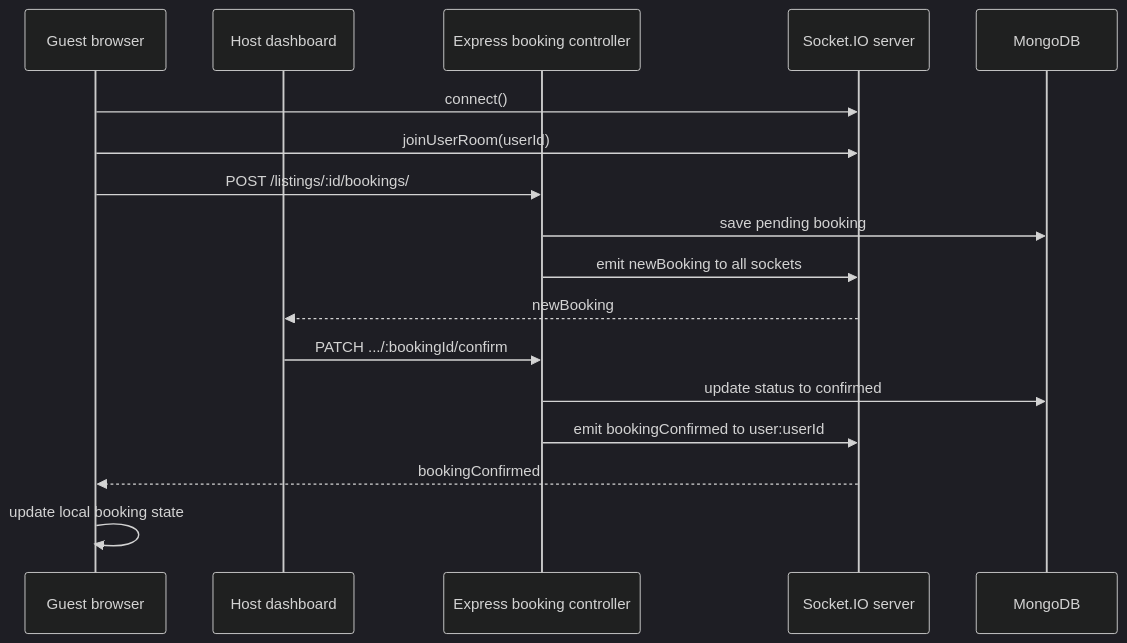
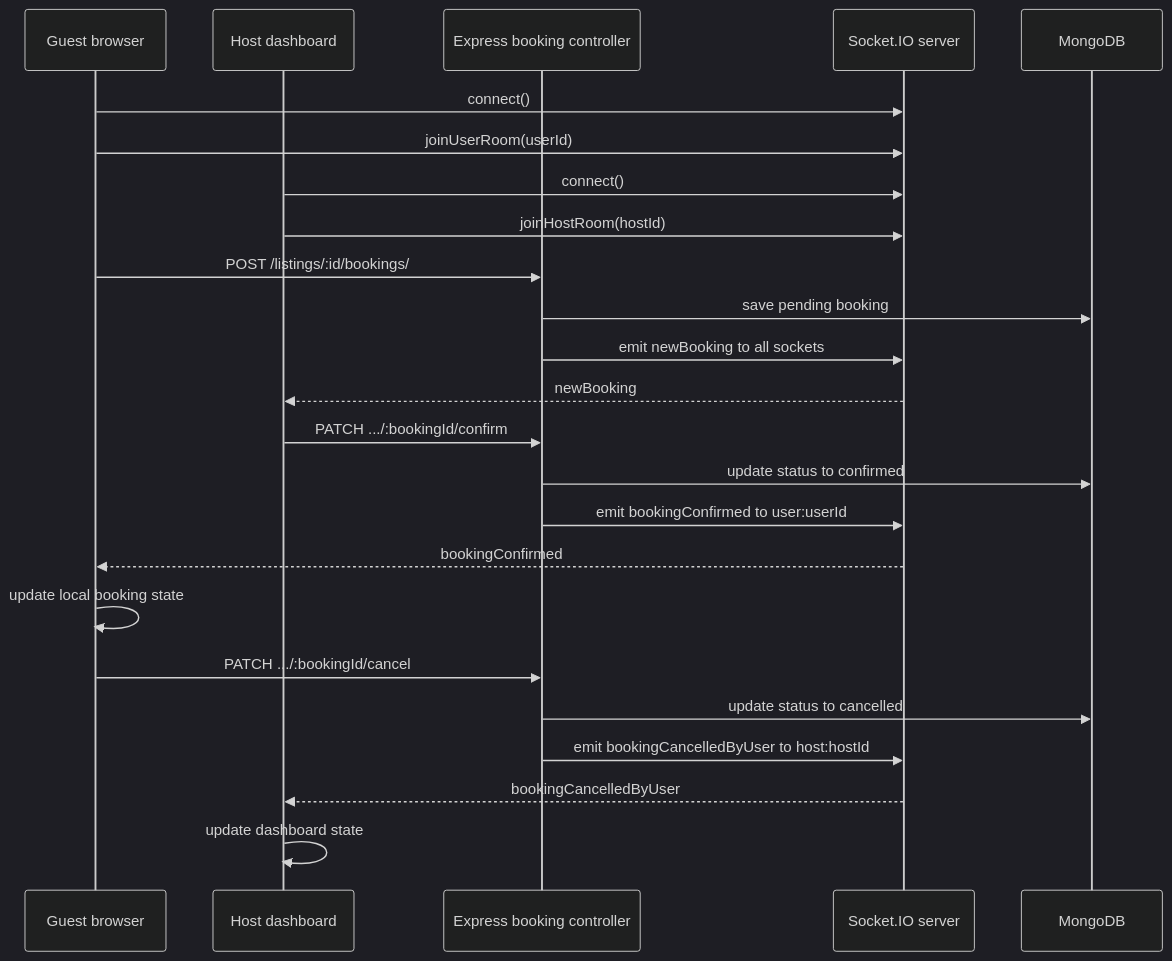
The fourth of 4 diagrams in README.md (vivek-kr011/WanderLust), drawn with Mermaid (dark theme) before and after one commit. The commit also changed other lines of this file, not shown here.

````diff
--- a/README.md
+++ b/README.md
@@ -548,20 +529,27 @@
 ```mermaid
 sequenceDiagram
     participant Guest as Guest browser
     participant Host as Host dashboard
     participant API as Express booking controller
     participant Socket as Socket.IO server
     participant DB as MongoDB
 
     Guest->>Socket: connect()
     Guest->>Socket: joinUserRoom(userId)
+    Host->>Socket: connect()
+    Host->>Socket: joinHostRoom(hostId)
     Guest->>API: POST /listings/:id/bookings/
     API->>DB: save pending booking
     API->>Socket: emit newBooking to all sockets
     Socket-->>Host: newBooking
     Host->>API: PATCH .../:bookingId/confirm
     API->>DB: update status to confirmed
     API->>Socket: emit bookingConfirmed to user:userId
     Socket-->>Guest: bookingConfirmed
     Guest->>Guest: update local booking state
+    Guest->>API: PATCH .../:bookingId/cancel
+    API->>DB: update status to cancelled
+    API->>Socket: emit bookingCancelledByUser to host:hostId
+    Socket-->>Host: bookingCancelledByUser
+    Host->>Host: update dashboard state
 ```
````
